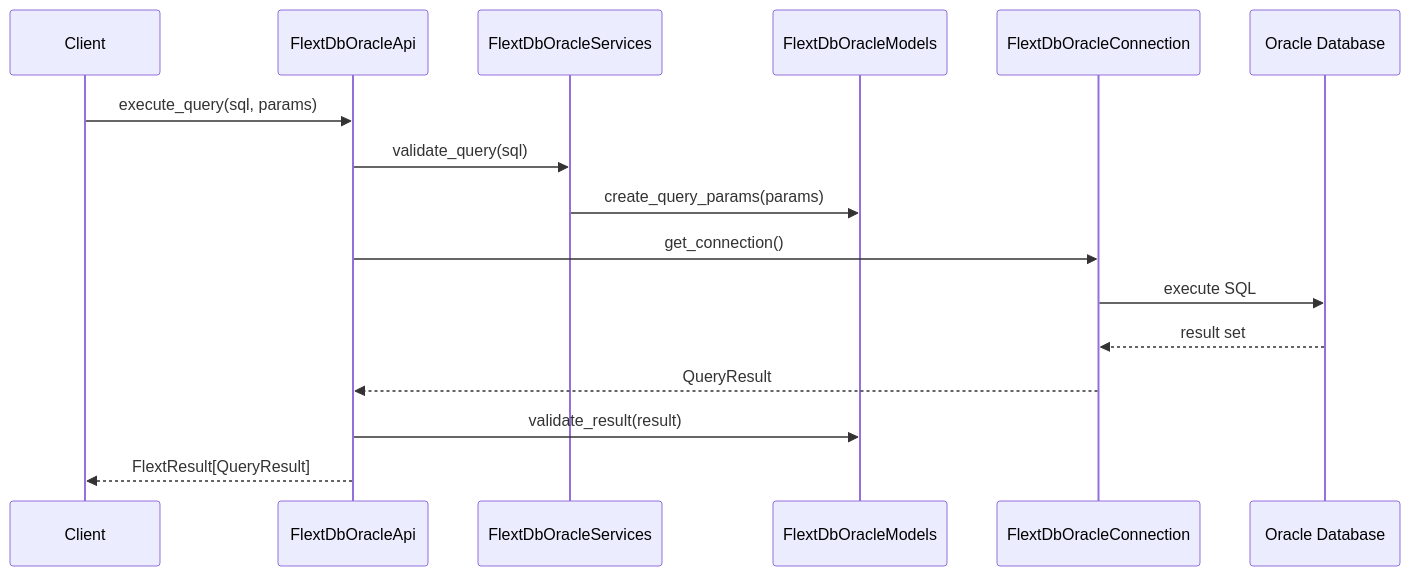
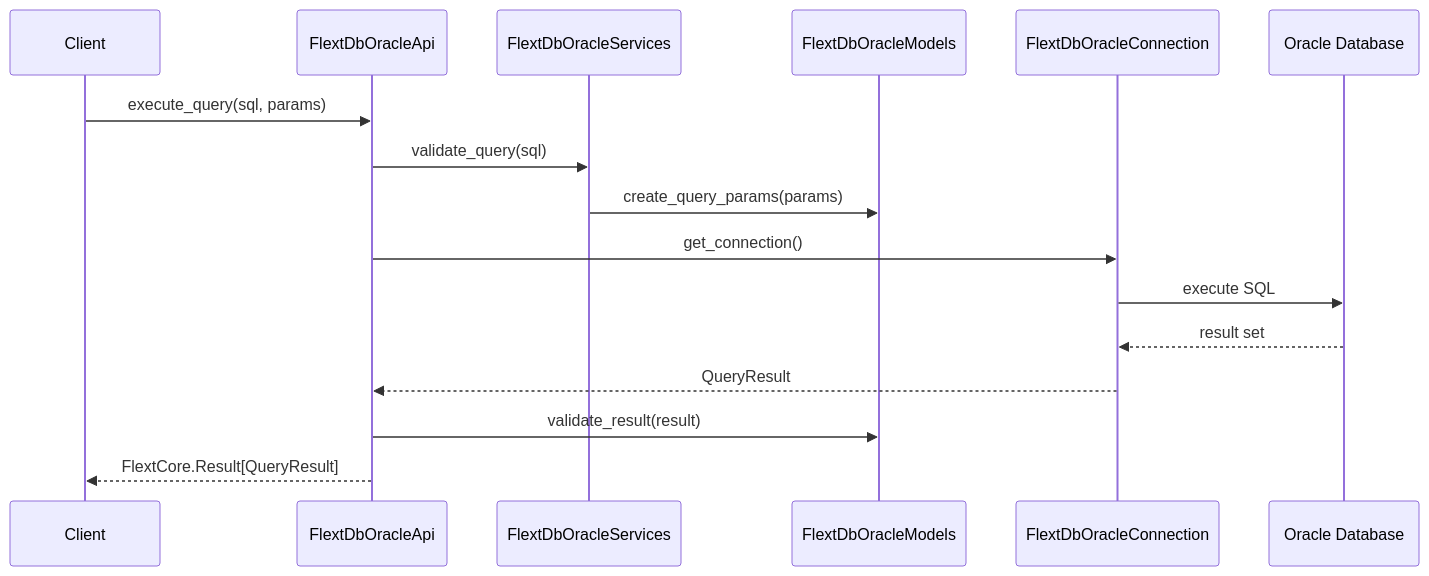
The second of 4 diagrams in docs/c4-components.md (flext-sh/flext-db-oracle), drawn with Mermaid before and after one commit. The commit also changed other lines of this file and 56 other files, not shown here.

````diff
--- a/docs/c4-components.md
+++ b/docs/c4-components.md
@@ -282,19 +282,19 @@
 ```mermaid
 sequenceDiagram
     participant Client
     participant API as FlextDbOracleApi
     participant Services as FlextDbOracleServices
     participant Models as FlextDbOracleModels
     participant Connection as FlextDbOracleConnection
     participant Oracle as Oracle Database
 
     Client->>API: execute_query(sql, params)
     API->>Services: validate_query(sql)
     Services->>Models: create_query_params(params)
     API->>Connection: get_connection()
     Connection->>Oracle: execute SQL
     Oracle-->>Connection: result set
     Connection-->>API: QueryResult
     API->>Models: validate_result(result)
-    API-->>Client: FlextResult[QueryResult]
+    API-->>Client: FlextCore.Result[QueryResult]
 ```
````
